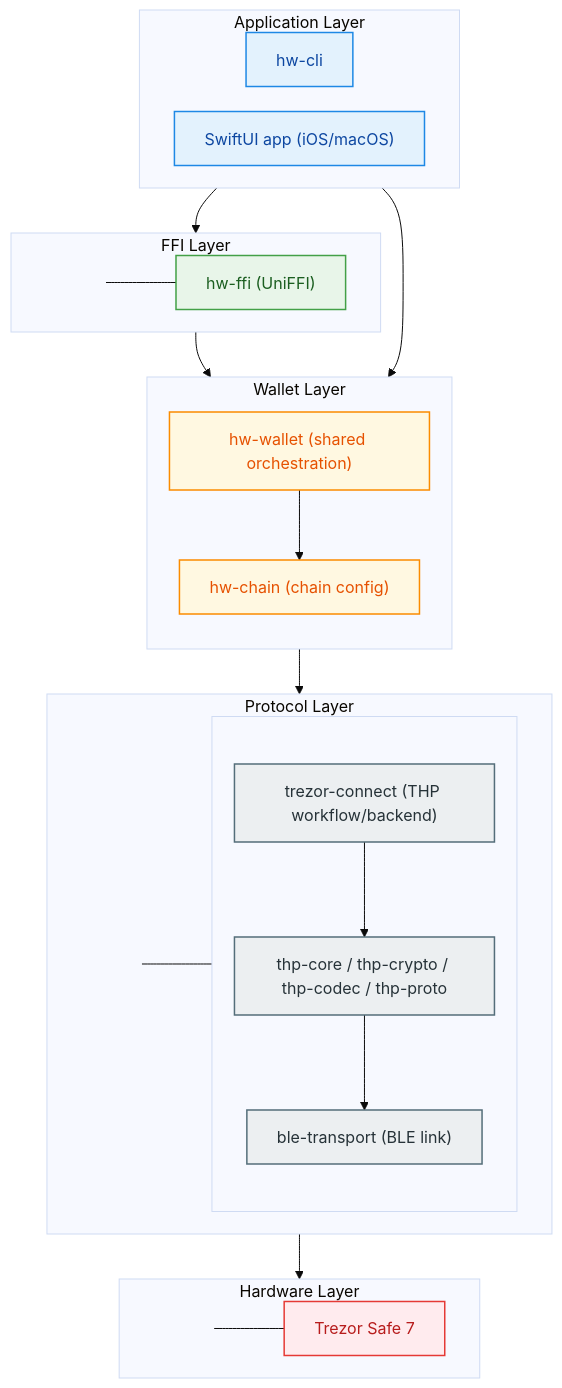
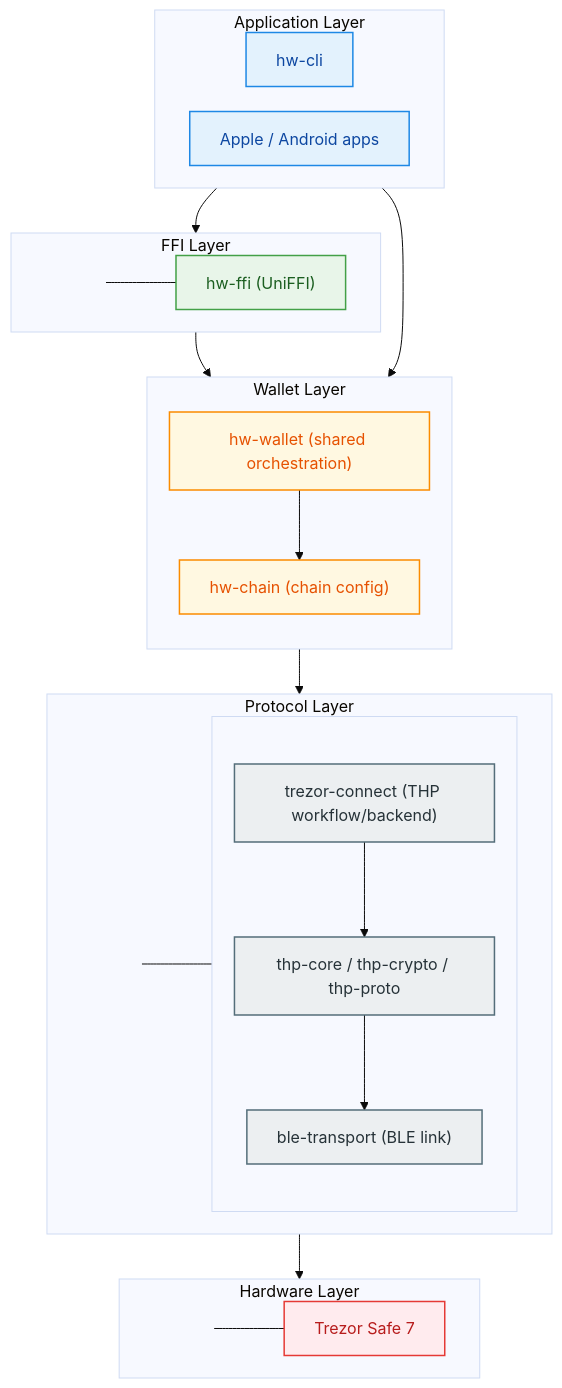
Before and after one commit to hewigovens/hw-core: the diagram in README.md, drawn with Mermaid. The commit also changed other lines of this file and 20 other files, not shown here.

````diff
--- a/README.md
+++ b/README.md
@@ -23,64 +23,64 @@
 ```mermaid
 %%{init: {'theme':'base', 'flowchart': {'rankSpacing': 45, 'nodeSpacing': 25, 'curve': 'basis'}}}%%
 flowchart TB
   subgraph L1["Application Layer"]
     direction LR
     CLI["hw-cli"]
-    APP["SwiftUI app (iOS/macOS)"]
+    APP["Apple / Android apps"]
   end
 
   subgraph L2["FFI Layer"]
     direction LR
     FFI_PAD[" "]
     FFI["hw-ffi (UniFFI)"]
     FFI_PAD --- FFI
   end
 
   subgraph L3["Wallet Layer"]
     direction TB
     WALLET["hw-wallet (shared orchestration)"]
     CHAIN["hw-chain (chain config)"]
     WALLET --> CHAIN
   end
 
   subgraph L4["Protocol Layer"]
     direction LR
     PROTO_PAD[" "]
     subgraph L4S[" "]
       direction TB
       CONNECT["trezor-connect (THP workflow/backend)"]
-      THP["thp-core / thp-crypto / thp-codec / thp-proto"]
+      THP["thp-core / thp-crypto / thp-proto"]
       BLE["ble-transport (BLE link)"]
       CONNECT --> THP
       THP --> BLE
     end
     PROTO_PAD --- CONNECT
   end
 
   subgraph L5["Hardware Layer"]
     direction LR
     HW_PAD[" "]
     DEVICE["Trezor Safe 7"]
     HW_PAD --- DEVICE
   end
 
   CLI --> WALLET
   APP --> FFI_PAD
   FFI --> WALLET
   CHAIN --> PROTO_PAD
   BLE --> HW_PAD
 
   classDef appLayer fill:#E3F2FD,stroke:#1E88E5,color:#0D47A1,stroke-width:1.5px;
   classDef ffiLayer fill:#E8F5E9,stroke:#43A047,color:#1B5E20,stroke-width:1.5px;
   classDef walletLayer fill:#FFF8E1,stroke:#FB8C00,color:#E65100,stroke-width:1.5px;
   classDef protoLayer fill:#ECEFF1,stroke:#546E7A,color:#263238,stroke-width:1.5px;
   classDef hwLayer fill:#FFEBEE,stroke:#E53935,color:#B71C1C,stroke-width:1.5px;
   classDef spacer fill:transparent,stroke:transparent,color:transparent;
 
   class CLI,APP appLayer;
   class FFI ffiLayer;
   class WALLET,CHAIN walletLayer;
   class CONNECT,BLE,THP protoLayer;
   class DEVICE hwLayer;
   class FFI_PAD,PROTO_PAD,HW_PAD spacer;
 ```
````
